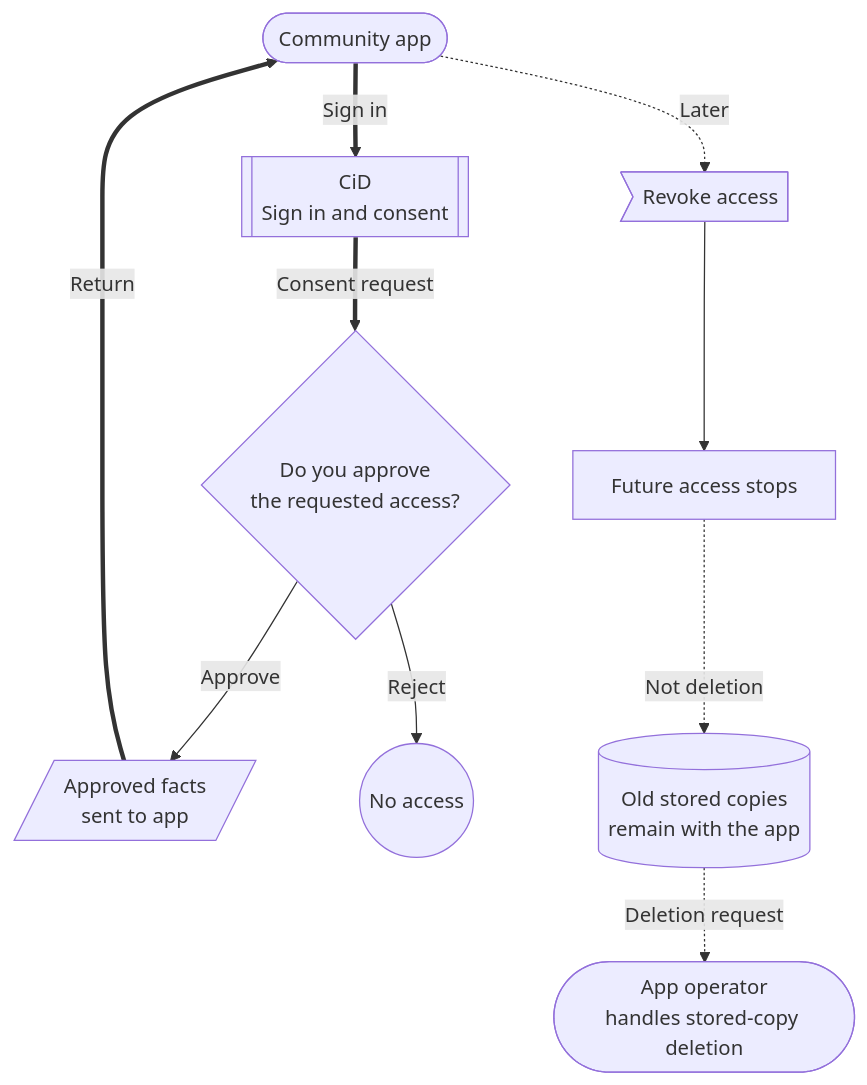
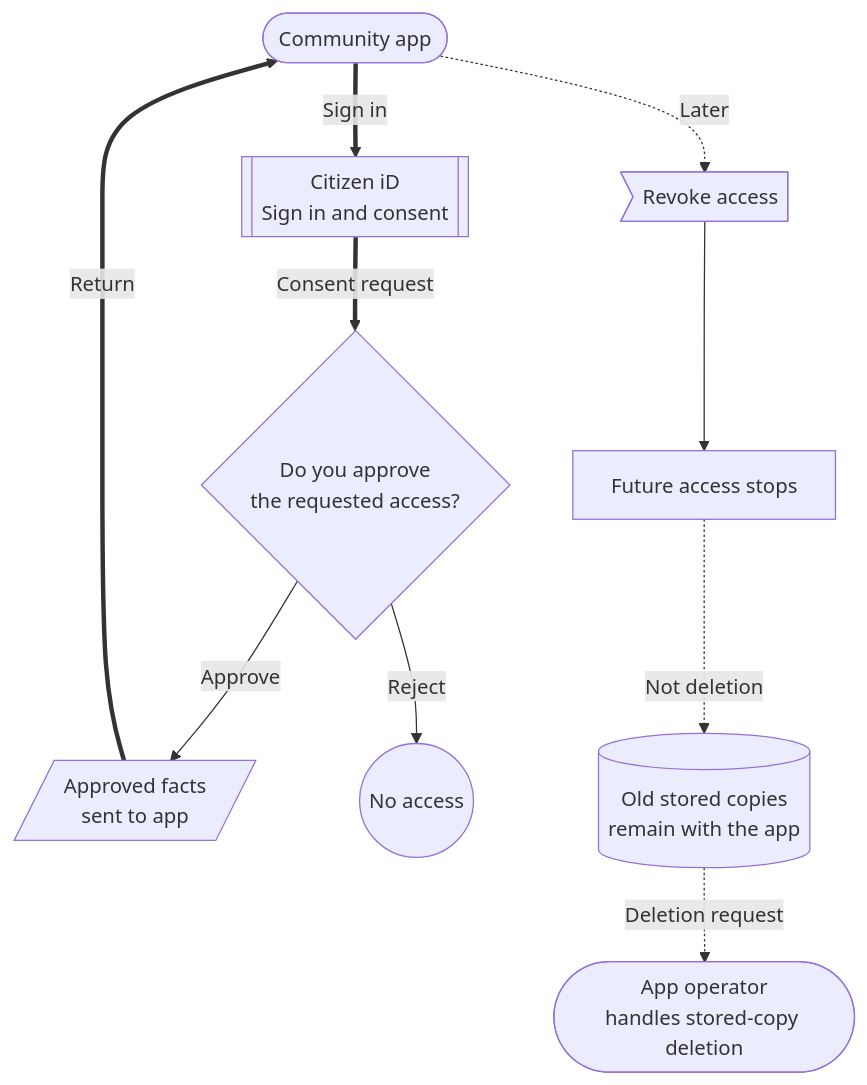
The diagram in docs/players/external-apps.md (ArkanisCorporation/CitizenId-docs), drawn with Mermaid before and after one commit. The commit also changed other lines of this file and 4 other files, not shown here.

````diff
--- a/docs/players/external-apps.md
+++ b/docs/players/external-apps.md
@@ -26,35 +26,35 @@
 ```mermaid
 flowchart TD
   app(["Community app"])
-  cid[["CiD<br/>Sign in and consent"]]
+  cid[["Citizen iD<br/>Sign in and consent"]]
   choice{"Do you approve<br/>the requested access?"}
   approved[/Approved facts<br/>sent to app/]
   denied((No access))
   revoke>Revoke access]
   future["Future access stops"]
   stored[(Old stored copies<br/>remain with the app)]
   operator(["App operator<br/>handles stored-copy deletion"])
 
   app ==>|Sign in| cid
   cid ==>|Consent request| choice
   choice -->|"Approve"| approved
   choice -->|"Reject"| denied
   approved ==>|Return| app
   app -. "Later" .-> revoke
   revoke --> future
   future -. "Not deletion" .-> stored
   stored -. "Deletion request" .-> operator
 
   class app,operator actor;
   class cid service;
   class choice decision;
   class approved data;
   class denied blocked;
   class revoke,future,stored caution;
 
   click cid "/players/website-basics" "Open Website Basics" _self
   click approved "/players/privacy-controls" "Open Privacy Controls" _self
   click revoke "/players/privacy-controls" "Open Privacy Controls" _self
   click stored "/players/data-rights" "Open Data Rights" _self
   click operator "/players/data-rights" "Open Data Rights" _self
 ```
````
